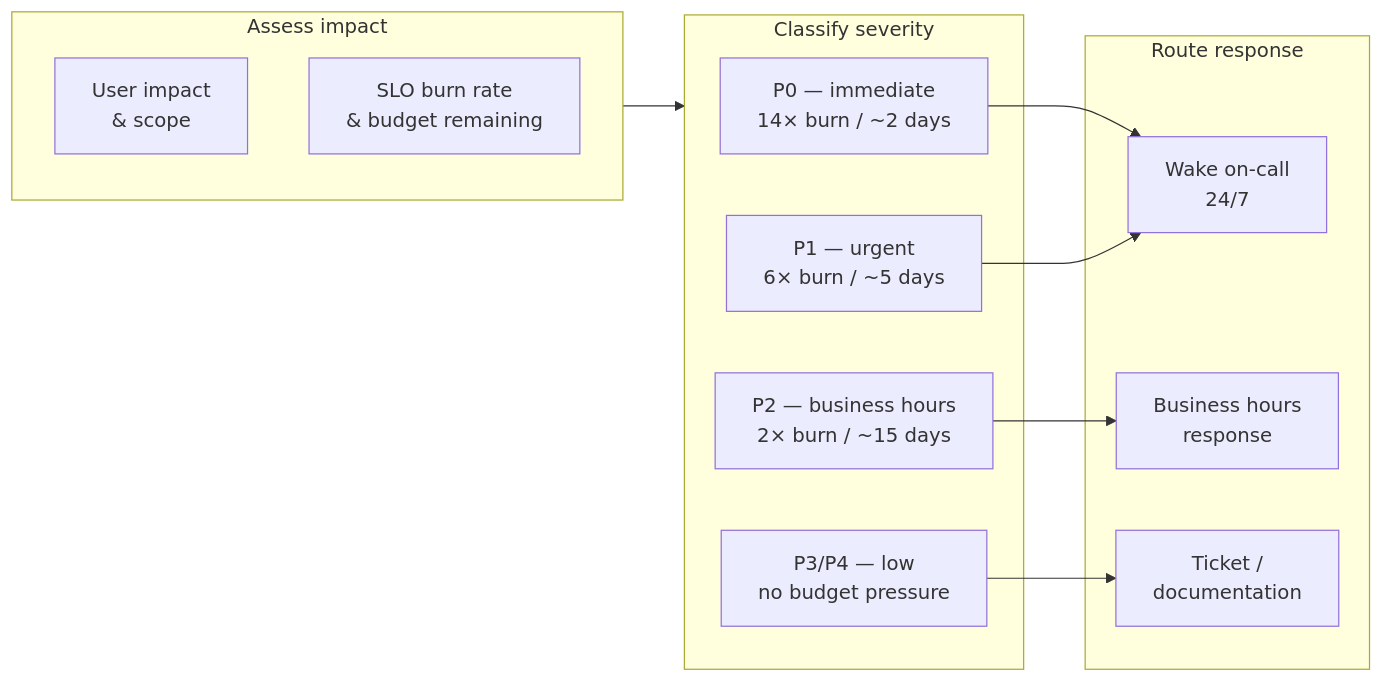
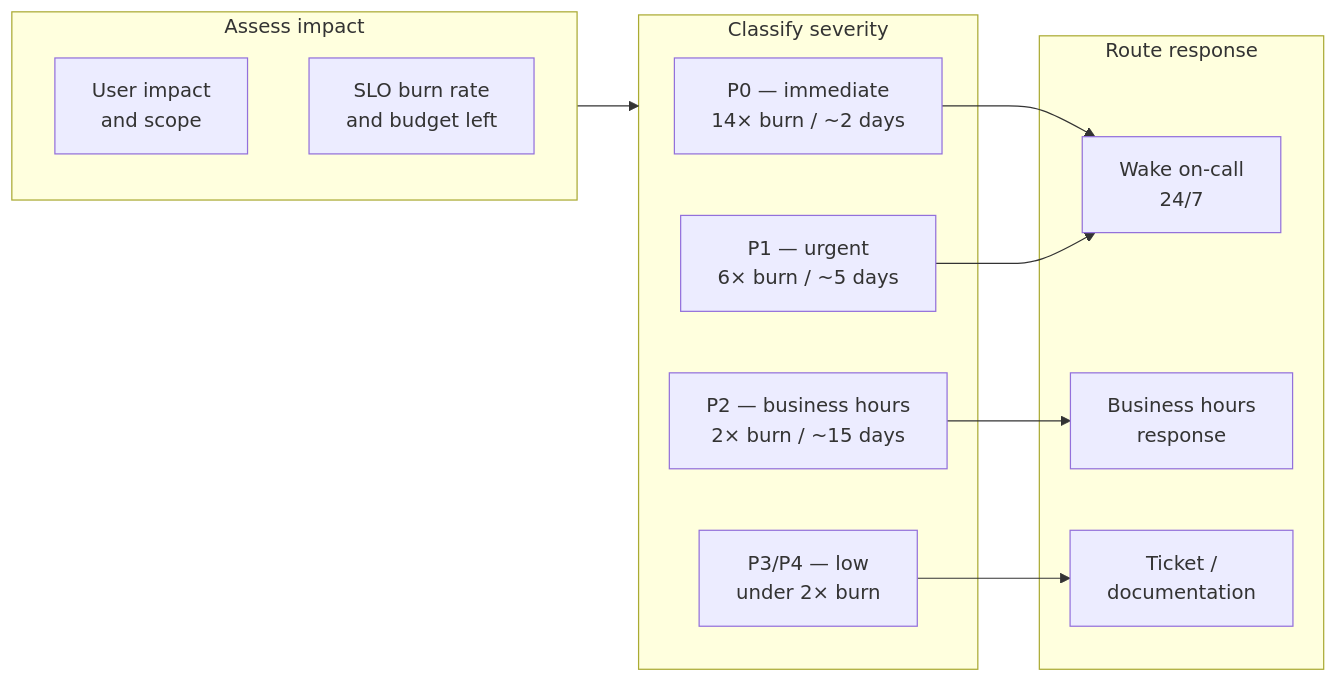
Before and after one commit to radra23/scryops-site: the diagram in content/guides/alert-severity-levels.md, drawn with Mermaid. The commit also changed other lines of this file and 3 other files, not shown here.

```diff
--- a/content/guides/alert-severity-levels.md
+++ b/content/guides/alert-severity-levels.md
@@ -30,24 +30,24 @@
 {{< mermaid >}}
 flowchart LR
     subgraph assess["Assess impact"]
-        ui["User impact<br/>& scope"]
-        br["SLO burn rate<br/>& budget remaining"]
+        ui["User impact<br/>and scope"]
+        br["SLO burn rate<br/>and budget left"]
     end
     subgraph classify["Classify severity"]
         p0["P0 — immediate<br/>14× burn / ~2 days"]
         p1["P1 — urgent<br/>6× burn / ~5 days"]
         p2["P2 — business hours<br/>2× burn / ~15 days"]
-        p34["P3/P4 — low<br/>no budget pressure"]
+        p34["P3/P4 — low<br/>under 2× burn"]
     end
     subgraph route["Route response"]
         wake["Wake on-call<br/>24/7"]
         bh["Business hours<br/>response"]
         ticket["Ticket /<br/>documentation"]
     end
 
     assess --> classify
     p0 --> wake
     p1 --> wake
     p2 --> bh
     p34 --> ticket
 {{< /mermaid >}}
```
